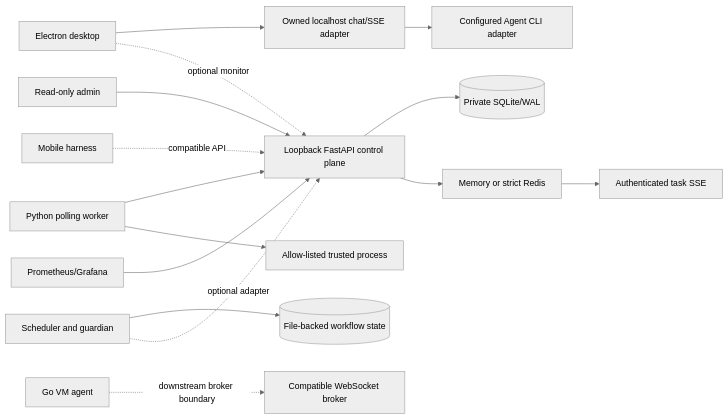
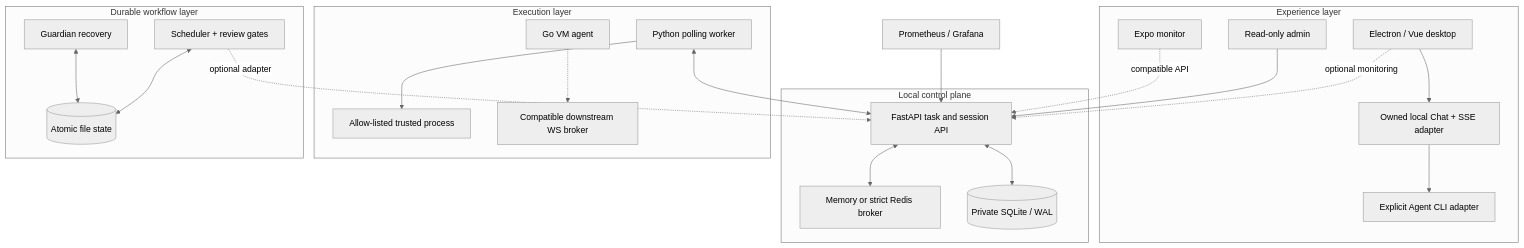
Before and after one commit to primorLee/agent-workflow-platform: the diagram in README.md, drawn with Mermaid (neutral theme). The commit also changed other lines of this file and 1 other file, not shown here.

````diff
--- a/README.md
+++ b/README.md
@@ -61,17 +148,43 @@
-```mermaid
-flowchart LR
-    Desktop[Electron desktop] --> Chat[Owned localhost chat/SSE adapter]
-    Chat --> CLI[Configured Agent CLI adapter]
-    Desktop -. optional monitor .-> API[Loopback FastAPI control plane]
-    Admin[Read-only admin] --> API
-    Mobile[Mobile harness] -. compatible API .-> API
-    API --> DB[(Private SQLite/WAL)]
-    API --> Broker[Memory or strict Redis]
-    Broker --> Events[Authenticated task SSE]
-    Worker[Python polling worker] --> API
-    Worker --> Process[Allow-listed trusted process]
-    VM[Go VM agent] -. downstream broker boundary .-> VMBroker[Compatible WebSocket broker]
-    Flow[Scheduler and guardian] --> Files[(File-backed workflow state)]
-    Flow -. optional adapter .-> API
-    Metrics[Prometheus/Grafana] --> API
-```
+~~~mermaid
+flowchart TB
+    subgraph Experience["Experience layer"]
+        Desktop["Electron / Vue desktop"]
+        Chat["Owned local Chat + SSE adapter"]
+        CLI["Explicit Agent CLI adapter"]
+        Admin["Read-only admin"]
+        Mobile["Expo monitor"]
+        Desktop --> Chat --> CLI
+    end
+
+    subgraph Control["Local control plane"]
+        API["FastAPI task and session API"]
+        Broker["Memory or strict Redis broker"]
+        DB[("Private SQLite / WAL")]
+        API <--> Broker
+        API <--> DB
+    end
+
+    subgraph Execution["Execution layer"]
+        PyWorker["Python polling worker"]
+        Process["Allow-listed trusted process"]
+        VmAgent["Go VM agent"]
+        VmBroker["Compatible downstream WS broker"]
+        PyWorker --> Process
+        VmAgent -.-> VmBroker
+    end
+
+    subgraph Workflow["Durable workflow layer"]
+        Scheduler["Scheduler + review gates"]
+        Guardian["Guardian recovery"]
+        State[("Atomic file state")]
+        Scheduler <--> State
+        Guardian <--> State
+    end
+
+    Desktop -. optional monitoring .-> API
+    Admin --> API
+    Mobile -. compatible API .-> API
+    PyWorker <--> API
+    Scheduler -. optional adapter .-> API
+    Metrics["Prometheus / Grafana"] --> API
+~~~
````
